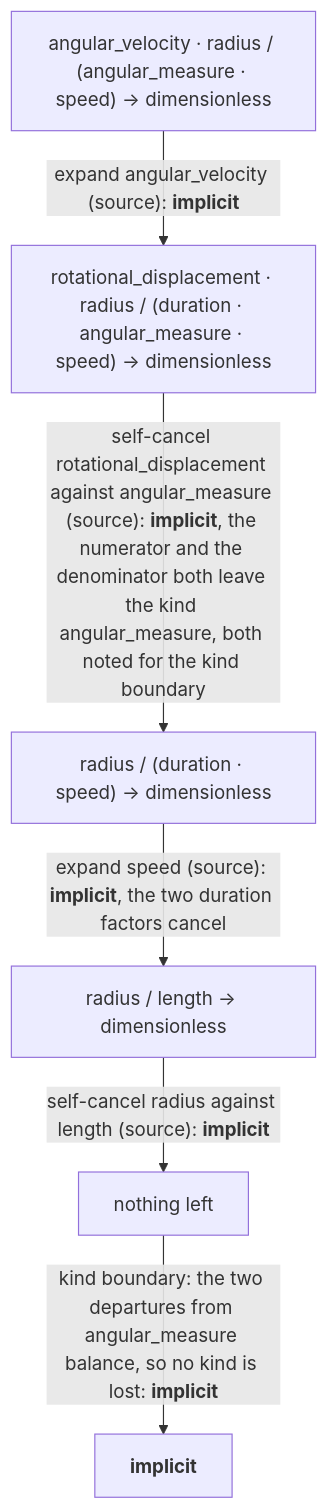
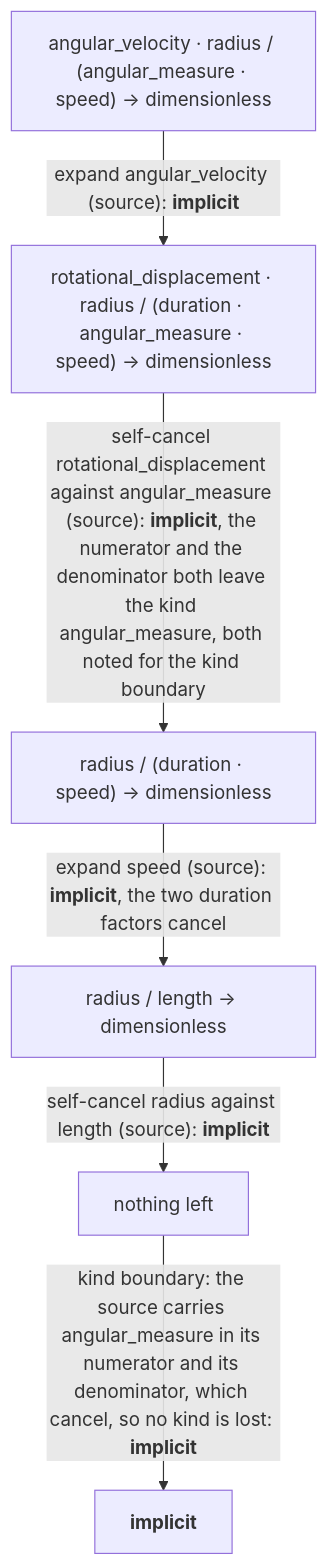
Before and after one commit to mpusz/mp-units: diagram 11 of 11 in docs/users_guide/advanced_topics/quantity_spec_conversions.md, drawn with Mermaid. The commit also changed other lines of this file and 8 other files, not shown here.

````diff
--- a/docs/users_guide/advanced_topics/quantity_spec_conversions.md
+++ b/docs/users_guide/advanced_topics/quantity_spec_conversions.md
@@ -554,14 +563,14 @@
     ```mermaid
     flowchart TD
         A["angular_velocity · radius / (angular_measure · speed) → dimensionless"]
         B["rotational_displacement · radius / (duration · angular_measure · speed) → dimensionless"]
         C["radius / (duration · speed) → dimensionless"]
         D["radius / length → dimensionless"]
         E["nothing left"]
         F["<b>implicit</b>"]
         A -->|"expand angular_velocity (source): <b>implicit</b>"| B
         B -->|"self-cancel rotational_displacement against angular_measure (source): <b>implicit</b>, the numerator and the denominator both leave the kind angular_measure, both noted for the kind boundary"| C
         C -->|"expand speed (source): <b>implicit</b>, the two duration factors cancel"| D
         D -->|"self-cancel radius against length (source): <b>implicit</b>"| E
-        E -->|"kind boundary: the two departures from angular_measure balance, so no kind is lost: <b>implicit</b>"| F
+        E -->|"kind boundary: the source carries angular_measure in its numerator and its denominator, which cancel, so no kind is lost: <b>implicit</b>"| F
     ```
````
